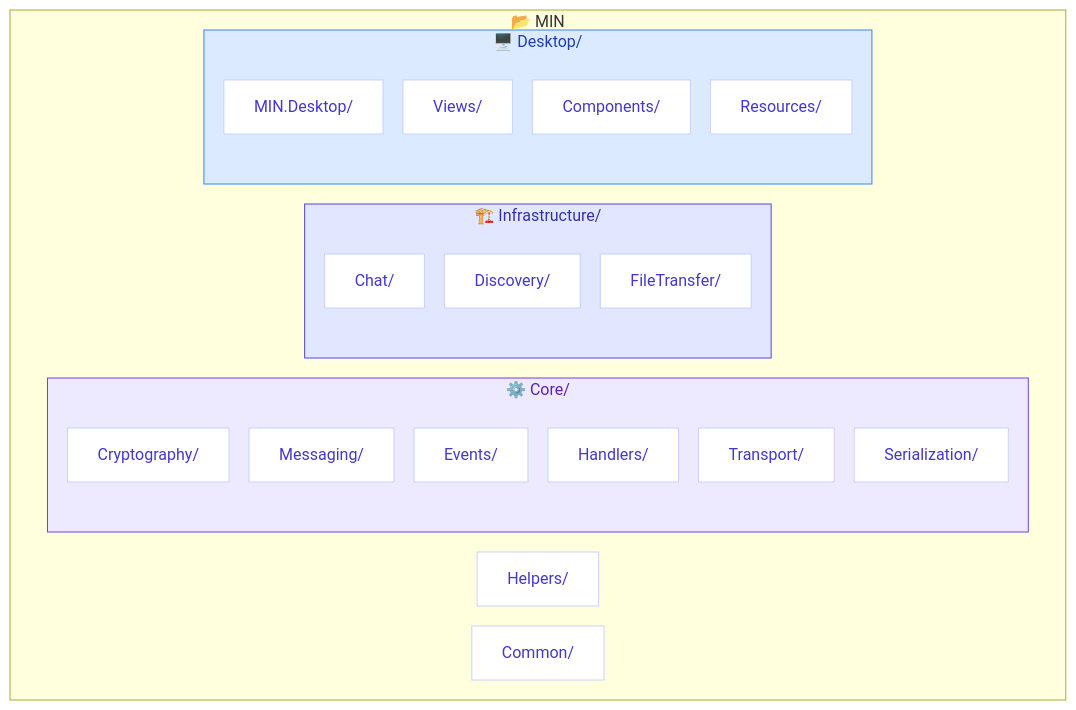
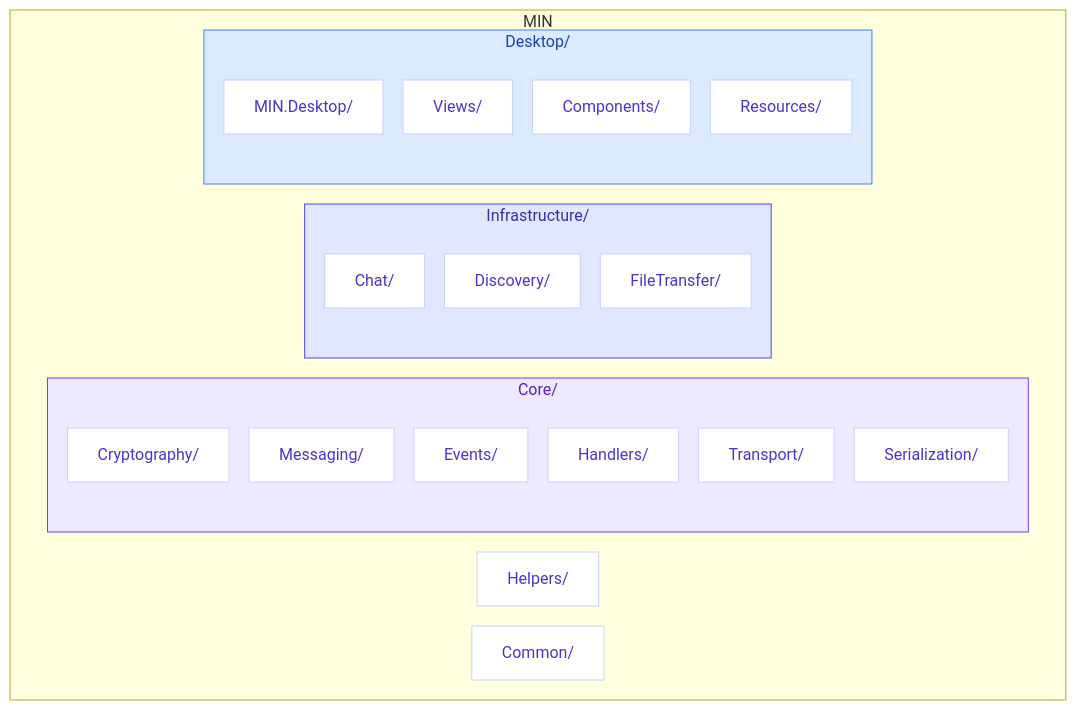
Before and after one commit to CasCadeVR/MIN: the second of 3 diagrams in README.ru.md, drawn with Mermaid. The commit also changed other lines of this file and 1 other file, not shown here.

````diff
--- a/README.ru.md
+++ b/README.ru.md
@@ -165,38 +165,38 @@
 ```mermaid
 flowchart TB
     %%{init: {'flowchart': {'nodeSpacing': 20}}}%%
     classDef coreFolder fill:#ede9fe,stroke:#7c3aed,color:#5b21b6
     classDef infraFolder fill:#e0e7ff,stroke:#4f46e5,color:#3730a3
     classDef deskFolder fill:#dbeafe,stroke:#3b82f6,color:#1e40af
     classDef folder fill:#f5f3ff,stroke:#c7c2ea,color:#312e81
     classDef file fill:#fff,stroke:#c7d2fe,color:#4338ca
     
-    subgraph MIN["📂 MIN"]
-        subgraph CORE["⚙️ Core/"]
+    subgraph MIN["MIN"]
+        subgraph CORE["Core/"]
             G["Cryptography/"]
             H["Messaging/"]
             I["Events/"]
             J["Handlers/"]
             K["Transport/"]
             L["Serialization/"]
         end
-        subgraph INF["🏗️ Infrastructure/"]
+        subgraph INF["Infrastructure/"]
             M["Chat/"]
             N["Discovery/"]
             O["FileTransfer/"]
         end
-        subgraph DESK["🖥️ Desktop/"]
+        subgraph DESK["Desktop/"]
             P["MIN.Desktop/"]
             Q["Views/"]
             R["Components/"]
             S["Resources/"]
         end
         T["Helpers/"]
         U["Common/"]
     end
     
     class CORE coreFolder
     class INF infraFolder
     class DESK deskFolder
     class G,H,I,J,K,L,M,N,O,P,Q,R,S,T,U file
 ```
````
